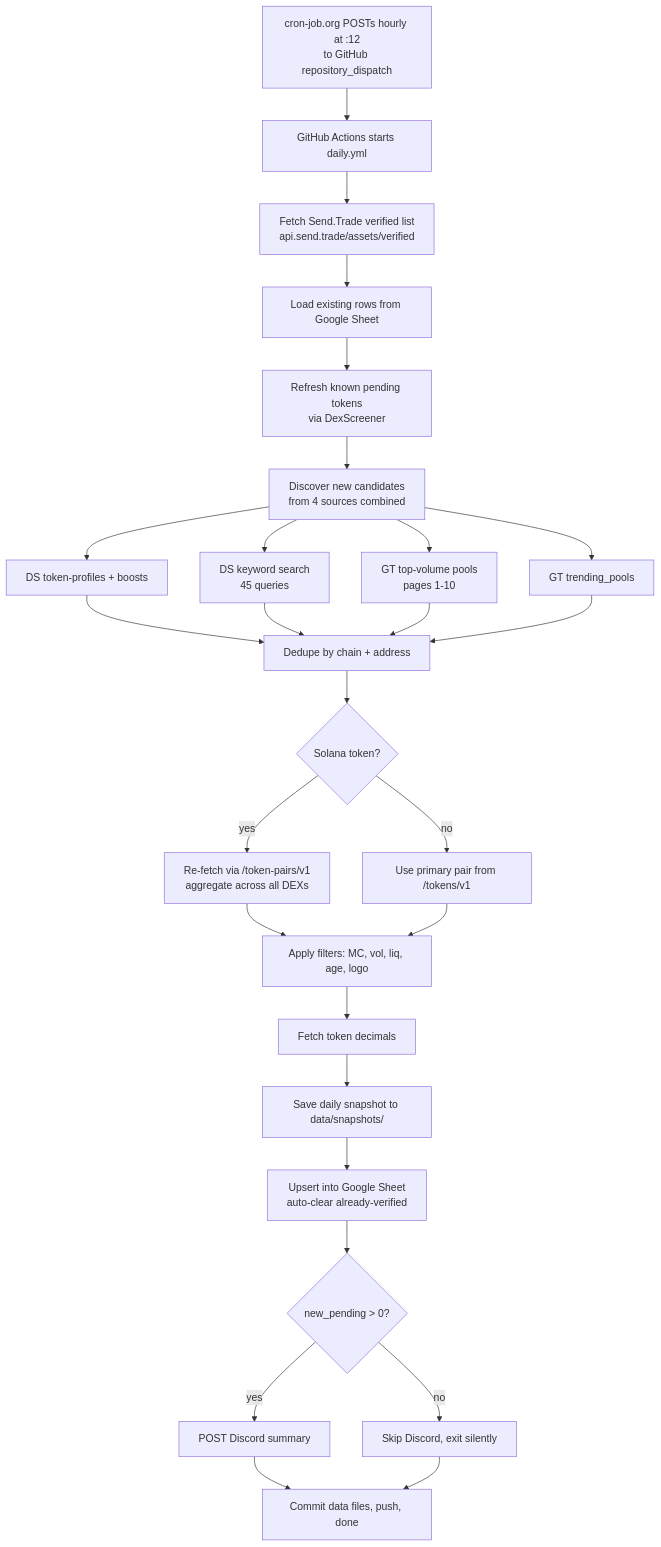
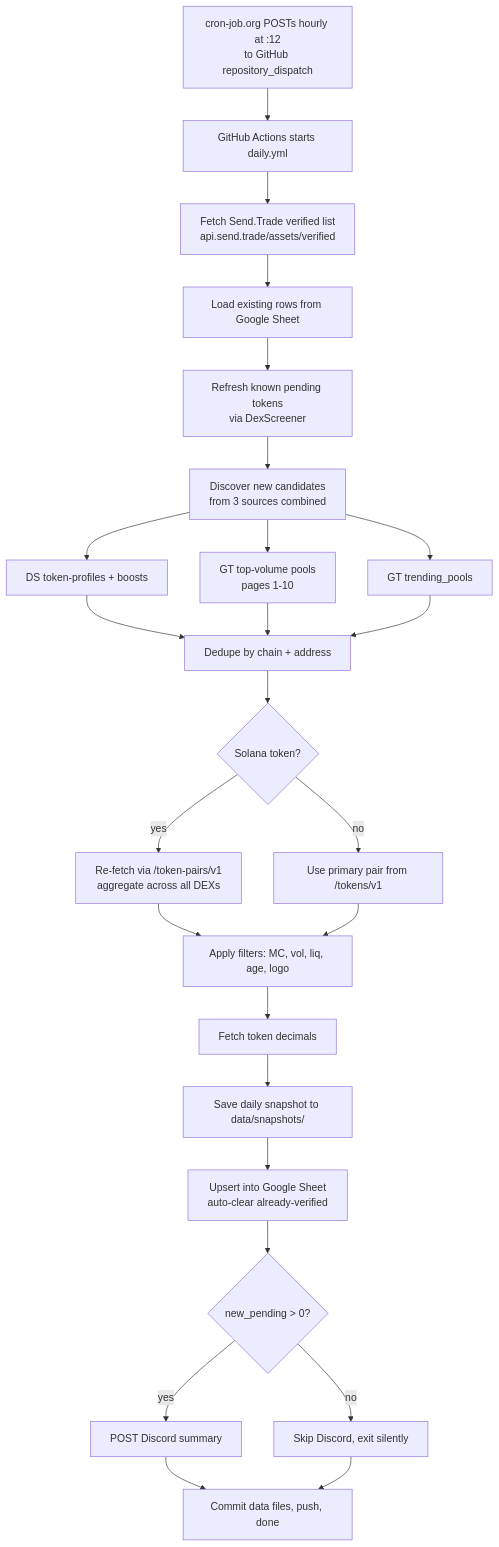
Before and after one commit to beawesomelee/send-trade-monitor: the first of 2 diagrams in README.md, drawn with Mermaid. The commit also changed other lines of this file and 1 other file, not shown here.

````diff
--- a/README.md
+++ b/README.md
@@ -19,26 +19,25 @@
 ```mermaid
 flowchart TD
     A[cron-job.org POSTs hourly at :12<br/>to GitHub repository_dispatch] --> B[GitHub Actions starts daily.yml]
     B --> C[Fetch Send.Trade verified list<br/>api.send.trade/assets/verified]
     C --> D[Load existing rows from Google Sheet]
     D --> E[Refresh known pending tokens<br/>via DexScreener]
-    E --> F[Discover new candidates<br/>from 4 sources combined]
+    E --> F[Discover new candidates<br/>from 3 sources combined]
     F --> F1[DS token-profiles + boosts]
-    F --> F2[DS keyword search<br/>45 queries]
     F --> F3[GT top-volume pools<br/>pages 1-10]
     F --> F4[GT trending_pools]
-    F1 & F2 & F3 & F4 --> G[Dedupe by chain + address]
+    F1 & F3 & F4 --> G[Dedupe by chain + address]
     G --> H{Solana token?}
     H -->|yes| I[Re-fetch via /token-pairs/v1<br/>aggregate across all DEXs]
     H -->|no| J[Use primary pair from /tokens/v1]
     I --> K[Apply filters: MC, vol, liq, age, logo]
     J --> K
     K --> L[Fetch token decimals]
     L --> M[Save daily snapshot to data/snapshots/]
     M --> N[Upsert into Google Sheet<br/>auto-clear already-verified]
     N --> O{new_pending &gt; 0?}
     O -->|yes| P[POST Discord summary]
     O -->|no| Q[Skip Discord, exit silently]
     P --> R[Commit data files, push, done]
     Q --> R
 ```
````
